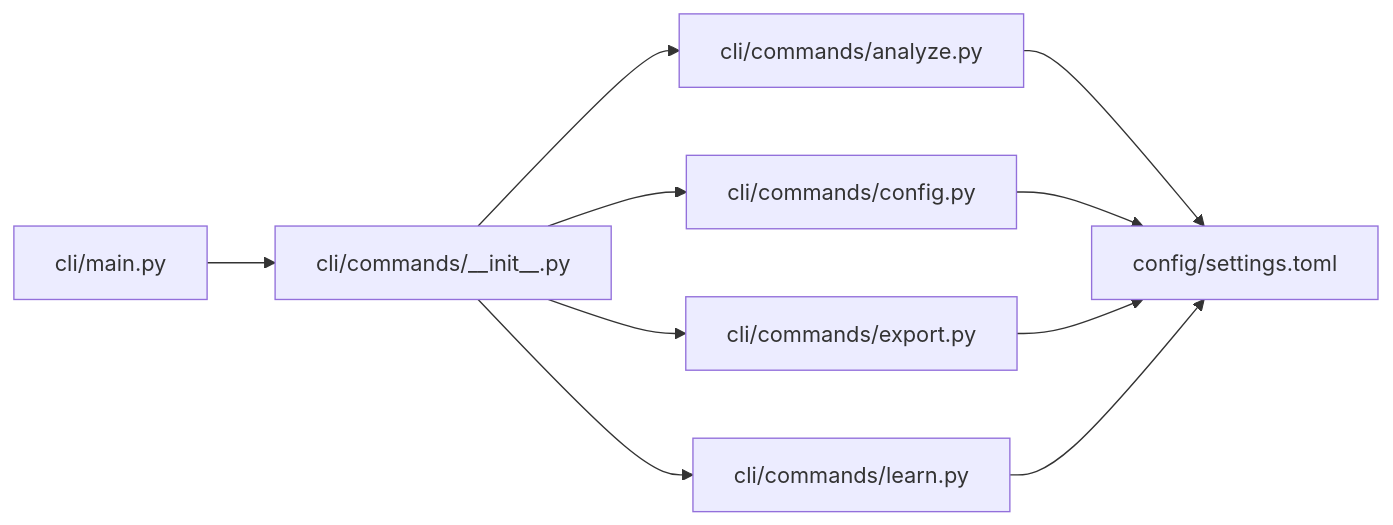
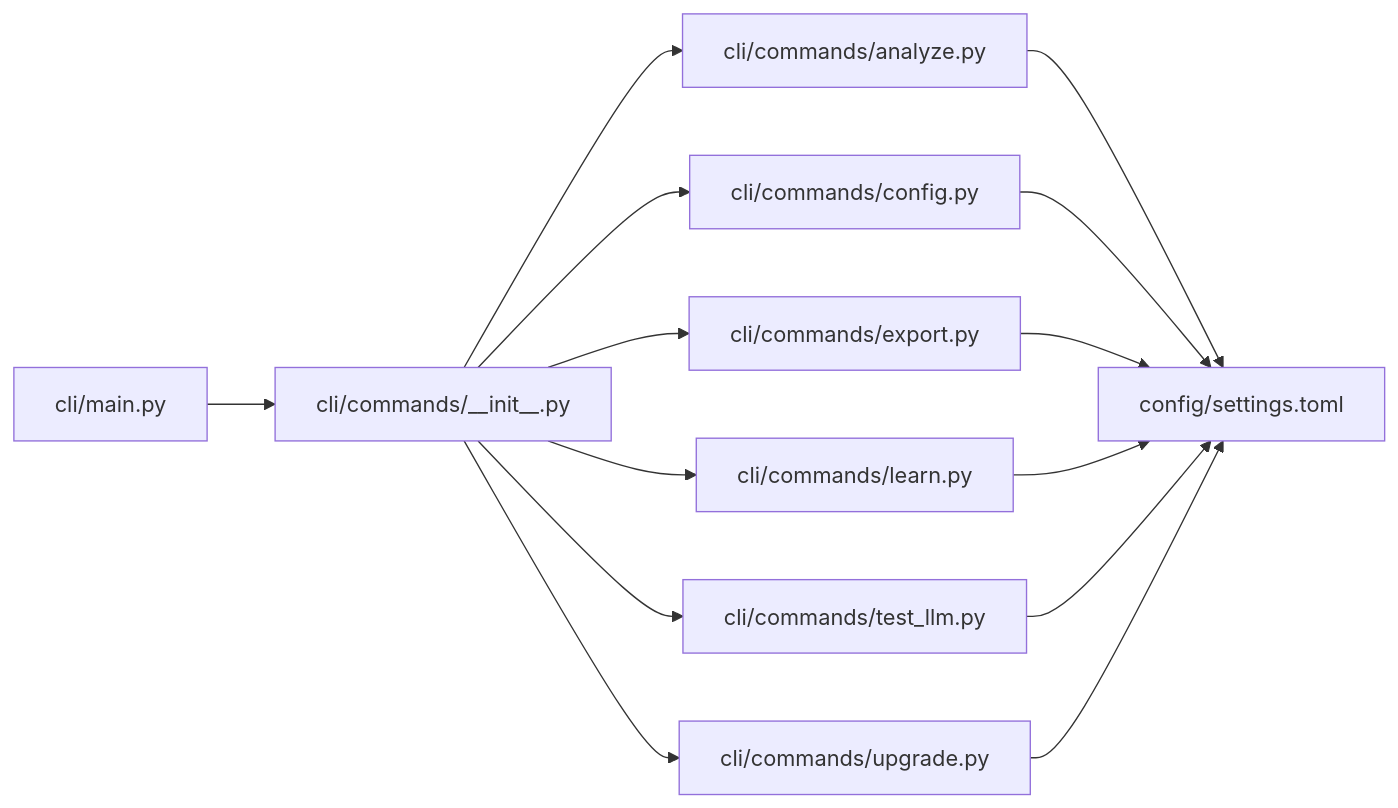
Before and after one commit to PengFan001/Jirin: the third of 3 diagrams in .qoder/repowiki/zh/content/命令行接口参考/命令行接口参考.md, drawn with Mermaid. The commit also changed other lines of this file and 20 other files, not shown here.

````diff
--- a/.qoder/repowiki/zh/content/命令行接口参考/命令行接口参考.md
+++ b/.qoder/repowiki/zh/content/命令行接口参考/命令行接口参考.md
@@ -308,12 +413,16 @@
 ```mermaid
 graph LR
 MAIN["cli/main.py"] --> INIT["cli/commands/__init__.py"]
 INIT --> ANA["cli/commands/analyze.py"]
 INIT --> CFG["cli/commands/config.py"]
 INIT --> EXP["cli/commands/export.py"]
 INIT --> LRN["cli/commands/learn.py"]
+INIT --> TLLM["cli/commands/test_llm.py"]
+INIT --> UPG["cli/commands/upgrade.py"]
 ANA --> SET["config/settings.toml"]
 CFG --> SET
 EXP --> SET
 LRN --> SET
+TLLM --> SET
+UPG --> SET
 ```
````
